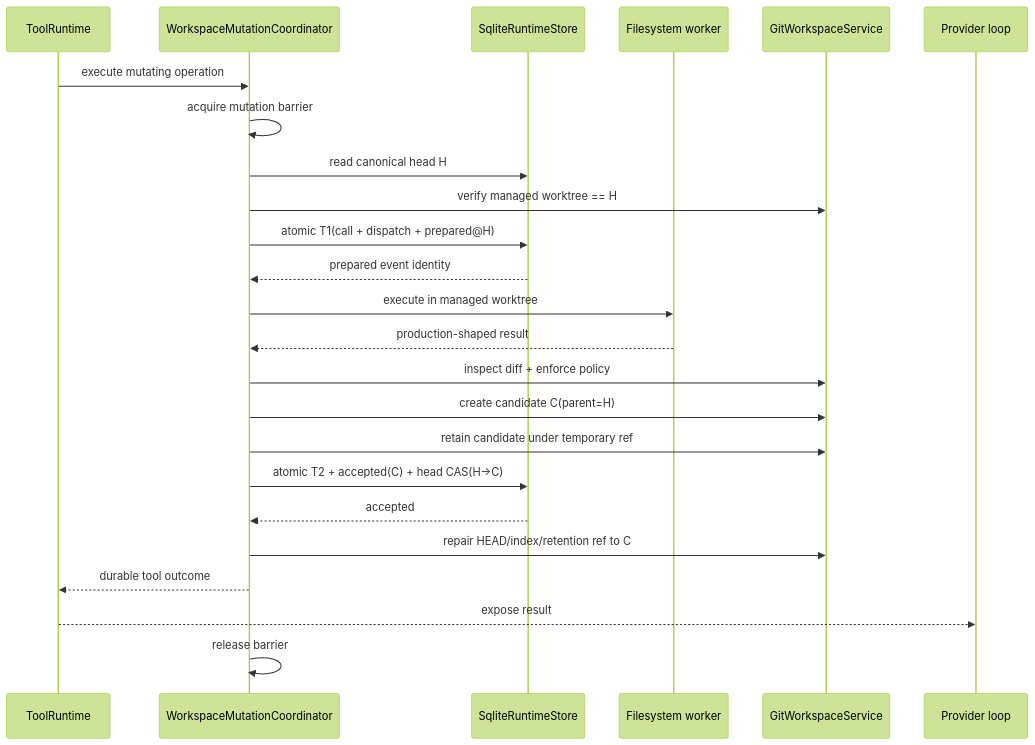
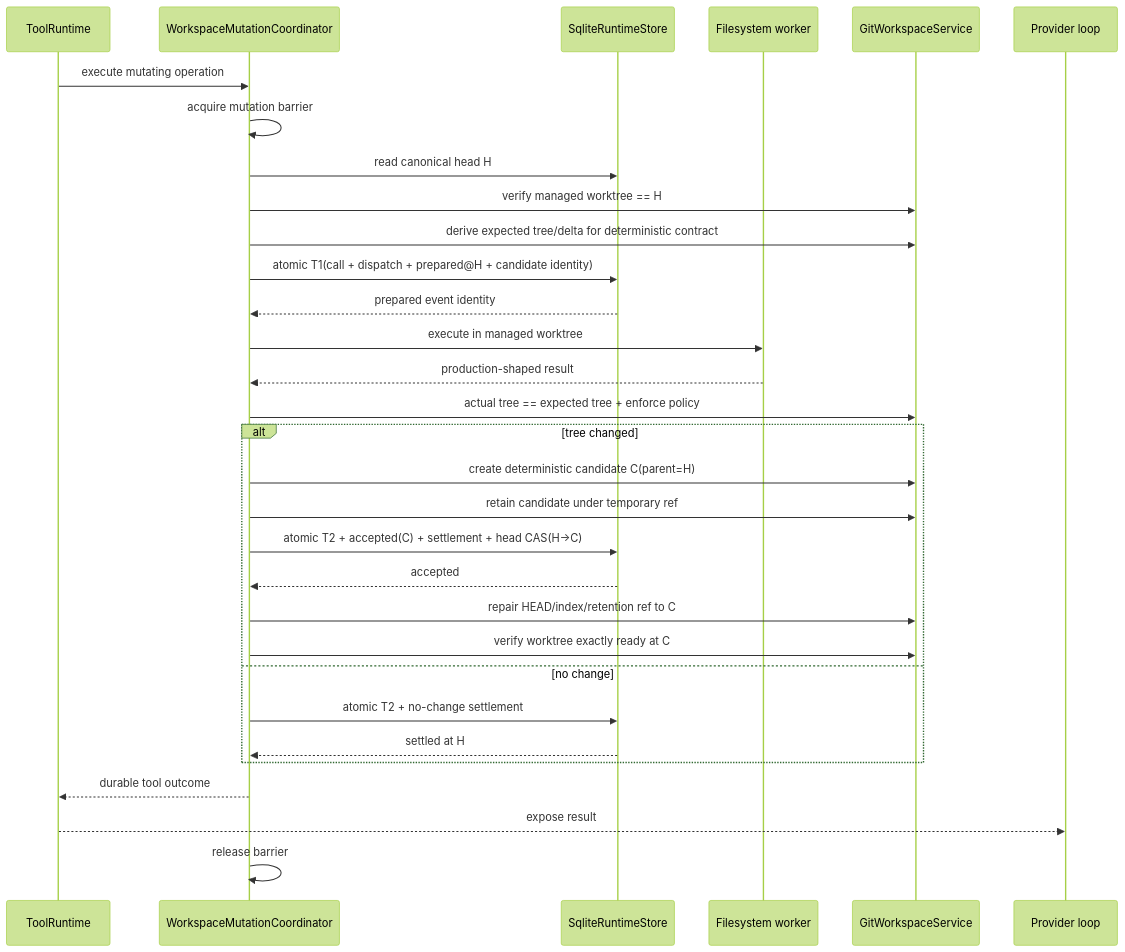
Before and after one commit to zhiiw/maka-agent: the second of 5 diagrams in docs/architecture/runtime-resume-git-native-workspace-roadmap.zh-CN.md, drawn with Mermaid (forest theme). The commit also changed other lines of this file, not shown here.

````diff
--- a/docs/architecture/runtime-resume-git-native-workspace-roadmap.zh-CN.md
+++ b/docs/architecture/runtime-resume-git-native-workspace-roadmap.zh-CN.md
@@ -377,27 +523,34 @@
 ```mermaid
 sequenceDiagram
   participant Tool as ToolRuntime
   participant Coord as WorkspaceMutationCoordinator
   participant Store as SqliteRuntimeStore
   participant Worker as Filesystem worker
   participant Git as GitWorkspaceService
   participant Provider as Provider loop
 
   Tool->>Coord: execute mutating operation
   Coord->>Coord: acquire mutation barrier
   Coord->>Store: read canonical head H
   Coord->>Git: verify managed worktree == H
-  Coord->>Store: atomic T1(call + dispatch + prepared@H)
+  Coord->>Git: derive expected tree/delta for deterministic contract
+  Coord->>Store: atomic T1(call + dispatch + prepared@H + candidate identity)
   Store-->>Coord: prepared event identity
   Coord->>Worker: execute in managed worktree
   Worker-->>Coord: production-shaped result
-  Coord->>Git: inspect diff + enforce policy
-  Coord->>Git: create candidate C(parent=H)
-  Coord->>Git: retain candidate under temporary ref
-  Coord->>Store: atomic T2 + accepted(C) + head CAS(H→C)
-  Store-->>Coord: accepted
-  Coord->>Git: repair HEAD/index/retention ref to C
+  Coord->>Git: actual tree == expected tree + enforce policy
+  alt tree changed
+    Coord->>Git: create deterministic candidate C(parent=H)
+    Coord->>Git: retain candidate under temporary ref
+    Coord->>Store: atomic T2 + accepted(C) + settlement + head CAS(H→C)
+    Store-->>Coord: accepted
+    Coord->>Git: repair HEAD/index/retention ref to C
+    Coord->>Git: verify worktree exactly ready at C
+  else no change
+    Coord->>Store: atomic T2 + no-change settlement
+    Store-->>Coord: settled at H
+  end
   Coord-->>Tool: durable tool outcome
   Tool-->>Provider: expose result
   Coord->>Coord: release barrier
 ```
````
